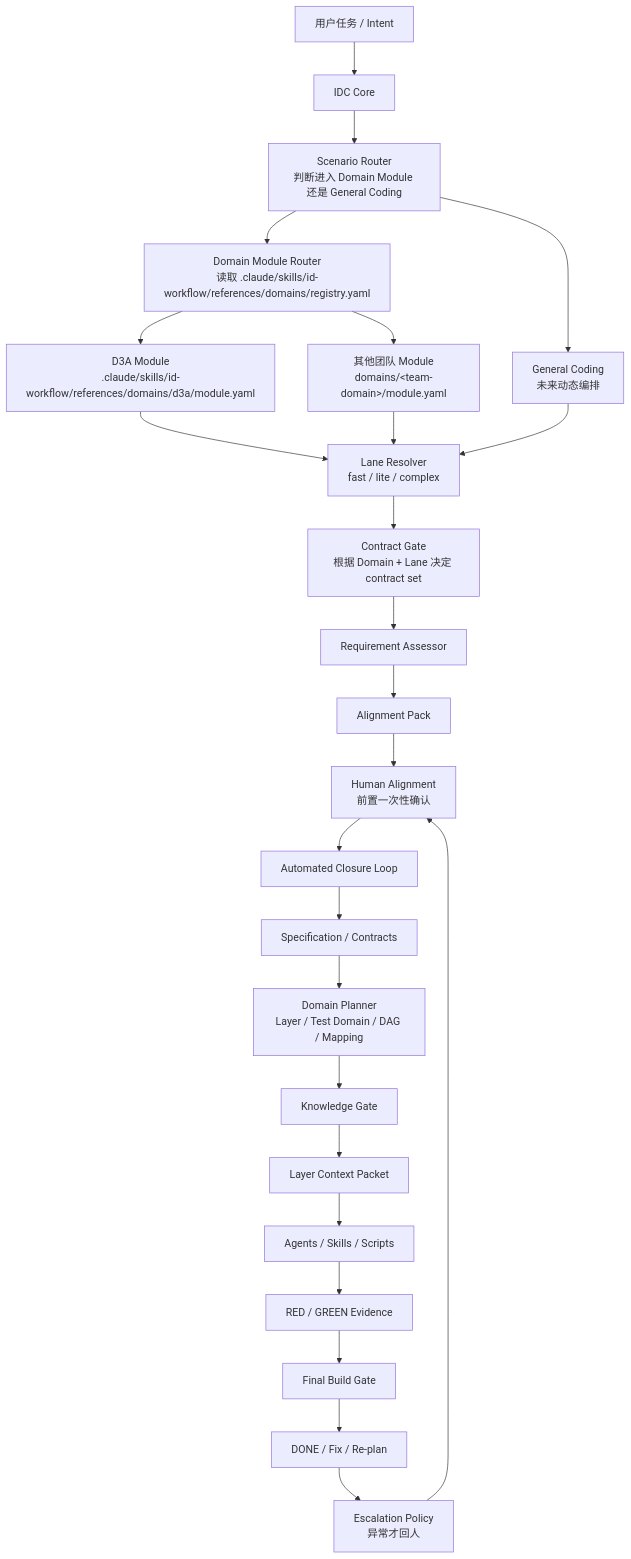
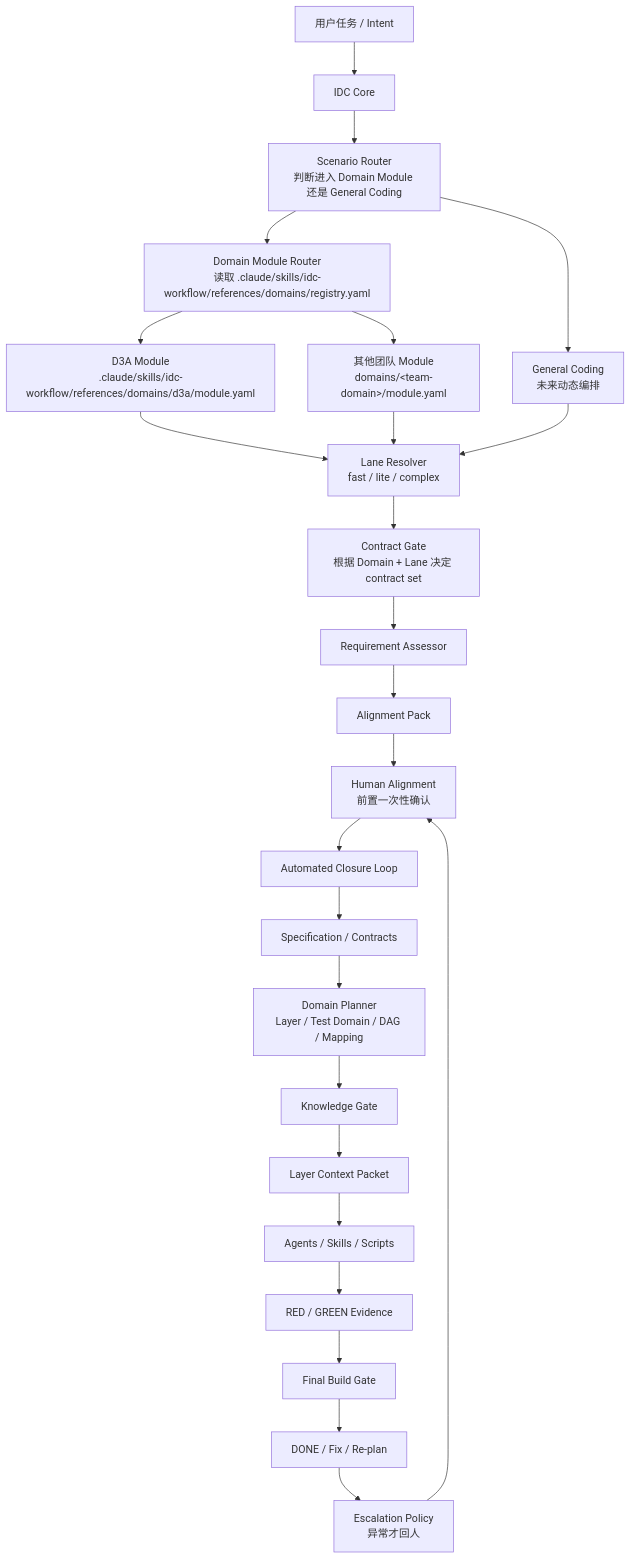
Before and after one commit to kangkangkim/IntentDynamicSOP: the first of 3 diagrams in docs/architecture-diagram.md, drawn with Mermaid. The commit also changed other lines of this file and 161 other files, not shown here.

Commit message:
Skillize IDC workflow with idc prefixes

````diff
--- a/docs/architecture-diagram.md
+++ b/docs/architecture-diagram.md
@@ -5,31 +5,31 @@
 ```mermaid
 flowchart TD
     A["用户任务 / Intent"] --> B["IDC Core"]
 
     B --> C["Scenario Router<br/>判断进入 Domain Module 还是 General Coding"]
-    C --> D["Domain Module Router<br/>读取 .claude/skills/id-workflow/references/domains/registry.yaml"]
+    C --> D["Domain Module Router<br/>读取 .claude/skills/idc-workflow/references/domains/registry.yaml"]
     C --> G["General Coding<br/>未来动态编排"]
 
-    D --> E["D3A Module<br/>.claude/skills/id-workflow/references/domains/d3a/module.yaml"]
+    D --> E["D3A Module<br/>.claude/skills/idc-workflow/references/domains/d3a/module.yaml"]
     D --> F["其他团队 Module<br/>domains/&lt;team-domain&gt;/module.yaml"]
 
     E --> H["Lane Resolver<br/>fast / lite / complex"]
     F --> H
     G --> H
 
     H --> C0["Contract Gate<br/>根据 Domain + Lane 决定 contract set"]
     C0 --> I["Requirement Assessor"]
     I --> A0["Alignment Pack"]
     A0 --> A1["Human Alignment<br/>前置一次性确认"]
     A1 --> J["Automated Closure Loop"]
     J --> K["Specification / Contracts"]
     K --> L["Domain Planner<br/>Layer / Test Domain / DAG / Mapping"]
     L --> M["Knowledge Gate"]
     M --> N["Layer Context Packet"]
     N --> O["Agents / Skills / Scripts"]
     O --> P["RED / GREEN Evidence"]
     P --> Q["Final Build Gate"]
     Q --> R["DONE / Fix / Re-plan"]
     R --> S["Escalation Policy<br/>异常才回人"]
     S --> A1
 ```
````
